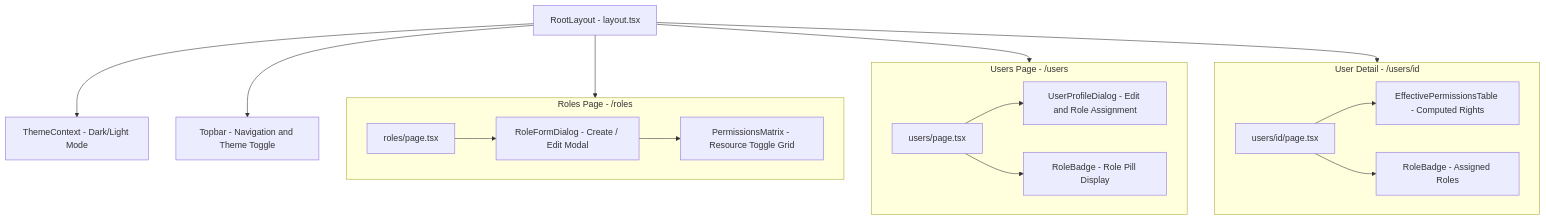
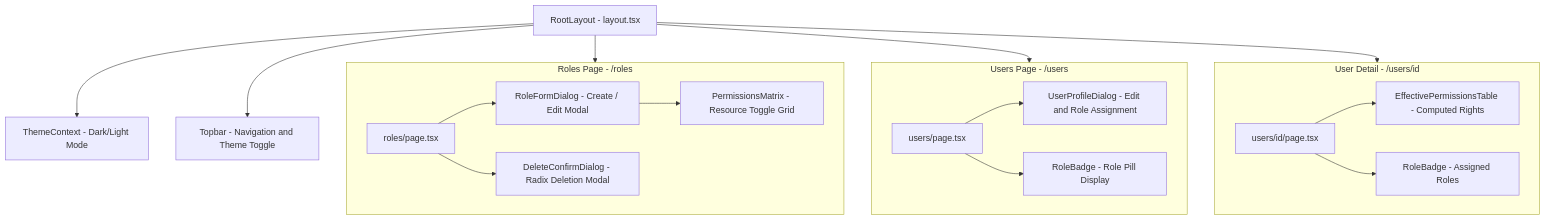
The fourth of 4 diagrams in Architecture.md (SubratGupta0506/workbench), drawn with Mermaid before and after one commit. The commit also changed other lines of this file and 3 other files, not shown here.

Commit message:
Updated the role section by adding the roles and deleting the role and updated the readme and architecture file

````diff
--- a/Architecture.md
+++ b/Architecture.md
@@ -299,37 +301,39 @@
 ```mermaid
 graph TD
     Layout[RootLayout - layout.tsx]
     Theme[ThemeContext - Dark/Light Mode]
     Topbar[Topbar - Navigation and Theme Toggle]
 
     Layout --> Theme
     Layout --> Topbar
 
     subgraph RolesPage[Roles Page - /roles]
         RP[roles/page.tsx]
         RFD[RoleFormDialog - Create / Edit Modal]
+        DCD[DeleteConfirmDialog - Radix Deletion Modal]
         PM[PermissionsMatrix - Resource Toggle Grid]
         RP --> RFD
         RFD --> PM
+        RP --> DCD
     end
 
     subgraph UsersPage[Users Page - /users]
         UP[users/page.tsx]
         UPD[UserProfileDialog - Edit and Role Assignment]
         RB[RoleBadge - Role Pill Display]
         UP --> UPD
         UP --> RB
     end
 
     subgraph UserDetailPage[User Detail - /users/id]
         UD[users/id/page.tsx]
         EPT[EffectivePermissionsTable - Computed Rights]
         RB2[RoleBadge - Assigned Roles]
         UD --> EPT
         UD --> RB2
     end
 
     Layout --> RolesPage
     Layout --> UsersPage
     Layout --> UserDetailPage
 ```
````
